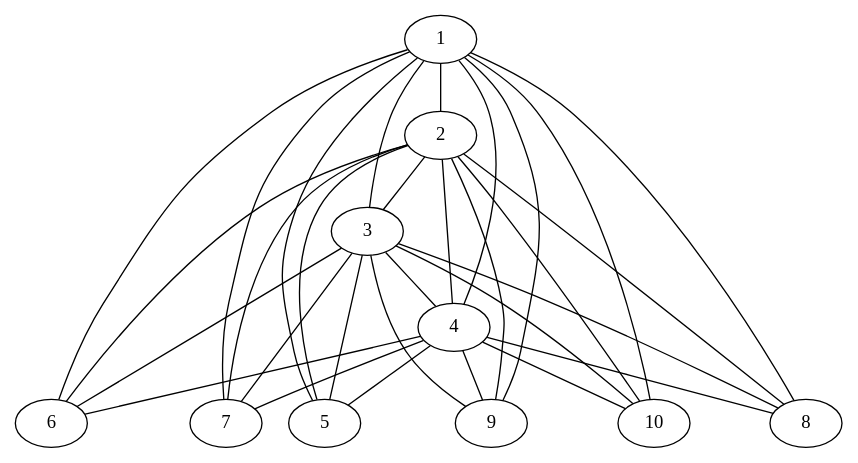
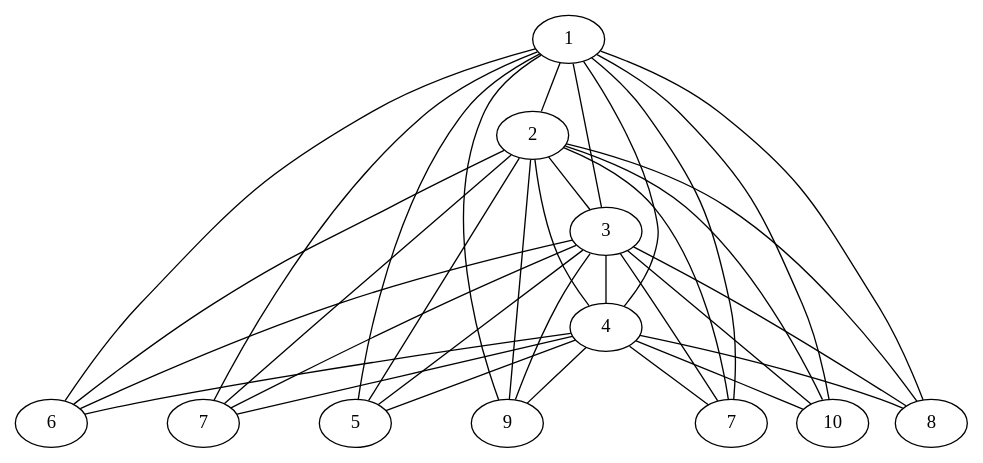
Before and after one commit to Grabot/GraphToMap: the diagram in datasets/sample5.gv, drawn with Graphviz. The commit also changed 15 other files, not shown here.

```diff
--- a/datasets/sample5.gv
+++ b/datasets/sample5.gv
@@ -1,42 +1,47 @@
 graph {
   "0" [cluster="1", label="1", pos="26.163,130.97"];
   "1" [cluster="1", label="2", pos="26.163,130.97"];
   "2" [cluster="1", label="3", pos="26.163,130.97"];
   "3" [cluster="1", label="4", pos="26.163,130.97"];
   "4" [cluster="2", label="5", pos="270.82,243.14"];
   "5" [cluster="3", label="6", pos="270.82,243.14"];
   "6" [cluster="4", label="7", pos="270.82,243.14"];
-  "7" [cluster="5", label="8", pos="270.82,243.14"];
-  "8" [cluster="6", label="9", pos="271.43,16.263"];
-  "9" [cluster="7", label="10", pos="271.43,16.263"];
+  "7" [cluster="4", label="7", pos="270.82,243.14"];
+  "8" [cluster="5", label="8", pos="270.82,243.14"];
+  "9" [cluster="6", label="9", pos="271.43,16.263"];
+  "10" [cluster="7", label="10", pos="271.43,16.263"];
   "0" -- "1";
   "0" -- "2";
   "0" -- "3";
   "1" -- "2";
   "1" -- "3";
   "2" -- "3";
   "0" -- "4";
   "1" -- "4";
   "2" -- "4";
   "3" -- "4";
   "0" -- "5";
   "1" -- "5";
   "2" -- "5";
   "3" -- "5";
   "0" -- "6";
   "1" -- "6";
   "2" -- "6";
   "3" -- "6";
   "0" -- "7";
   "1" -- "7";
   "2" -- "7";
   "3" -- "7";
   "0" -- "8";
   "1" -- "8";
   "2" -- "8";
   "3" -- "8";
   "0" -- "9";
   "1" -- "9";
   "2" -- "9";
   "3" -- "9";
+  "0" -- "10";
+  "1" -- "10";
+  "2" -- "10";
+  "3" -- "10";
 }
```
